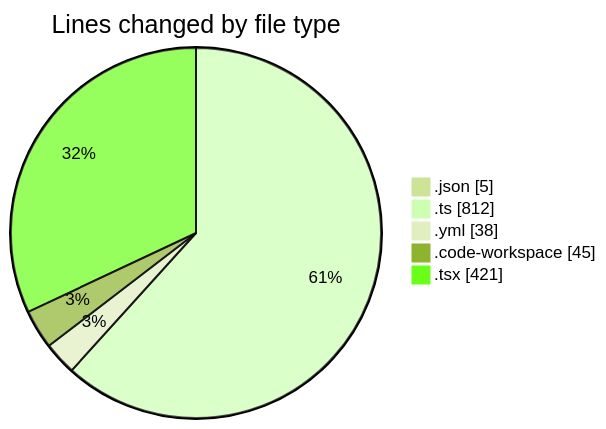
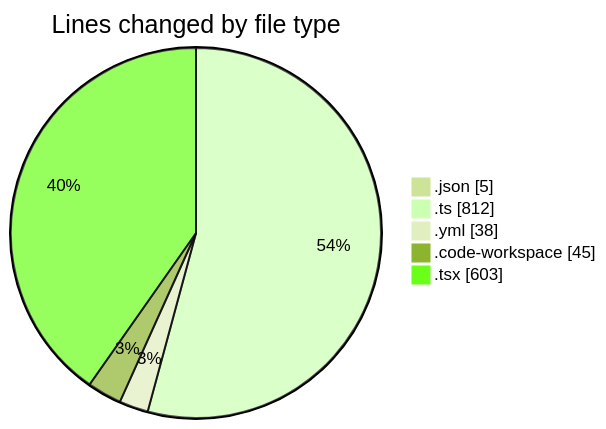
One commit to julien-gomy/code-tracking changed the first of 2 diagrams in 2025-11-25/eventscop-frontend-guide__workspace_/README.md. Above: the diagram before and after it, drawn with Mermaid (forest theme). The commit also changed other lines of this file and 1 other file, not shown here.

````diff
--- a/2025-11-25/eventscop-frontend-guide__workspace_/README.md
+++ b/2025-11-25/eventscop-frontend-guide__workspace_/README.md
@@ -26,9 +28,9 @@
 ```mermaid
 pie showData
 title Lines changed by file type
 ".json" : 5
 ".ts" : 812
 ".yml" : 38
 ".code-workspace" : 45
-".tsx" : 421
+".tsx" : 603
 ```
````
